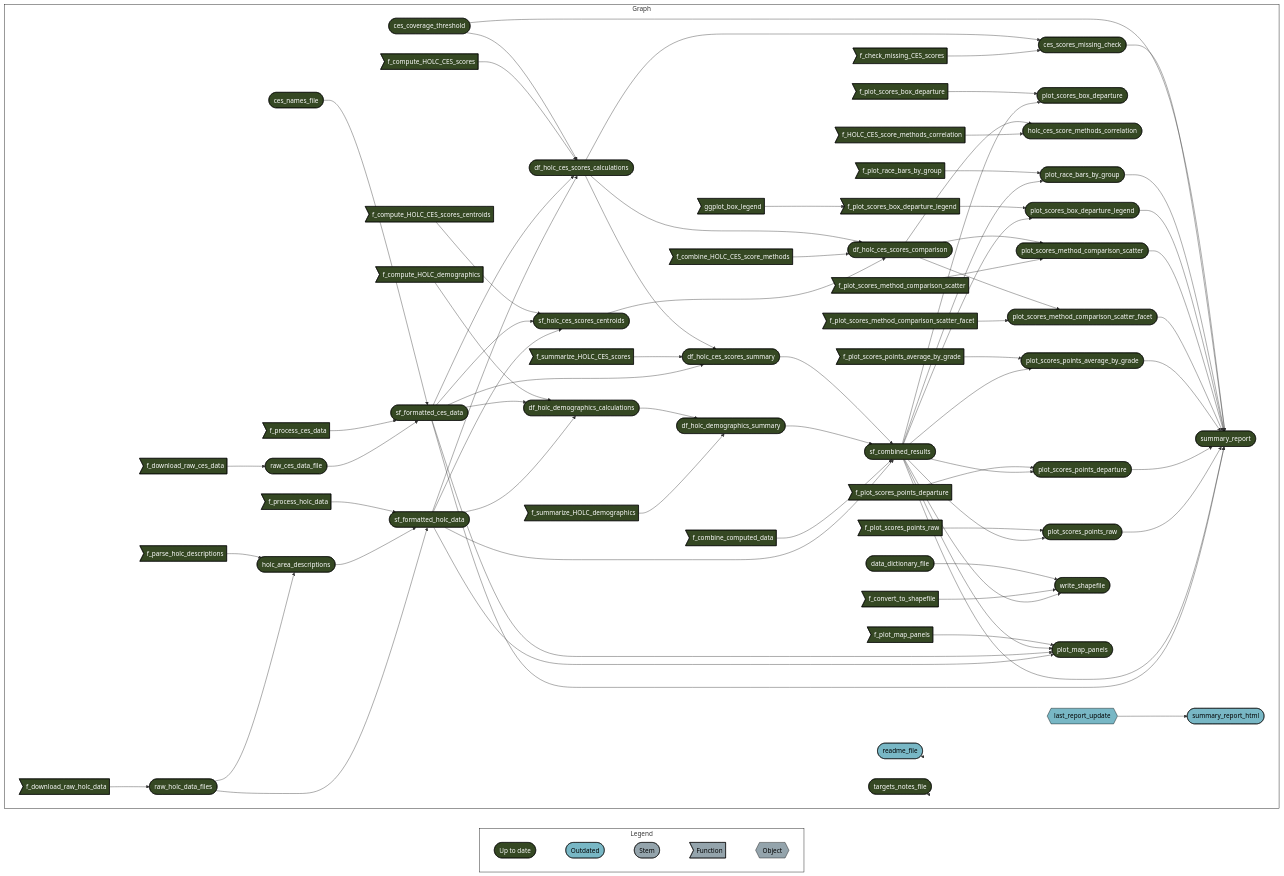
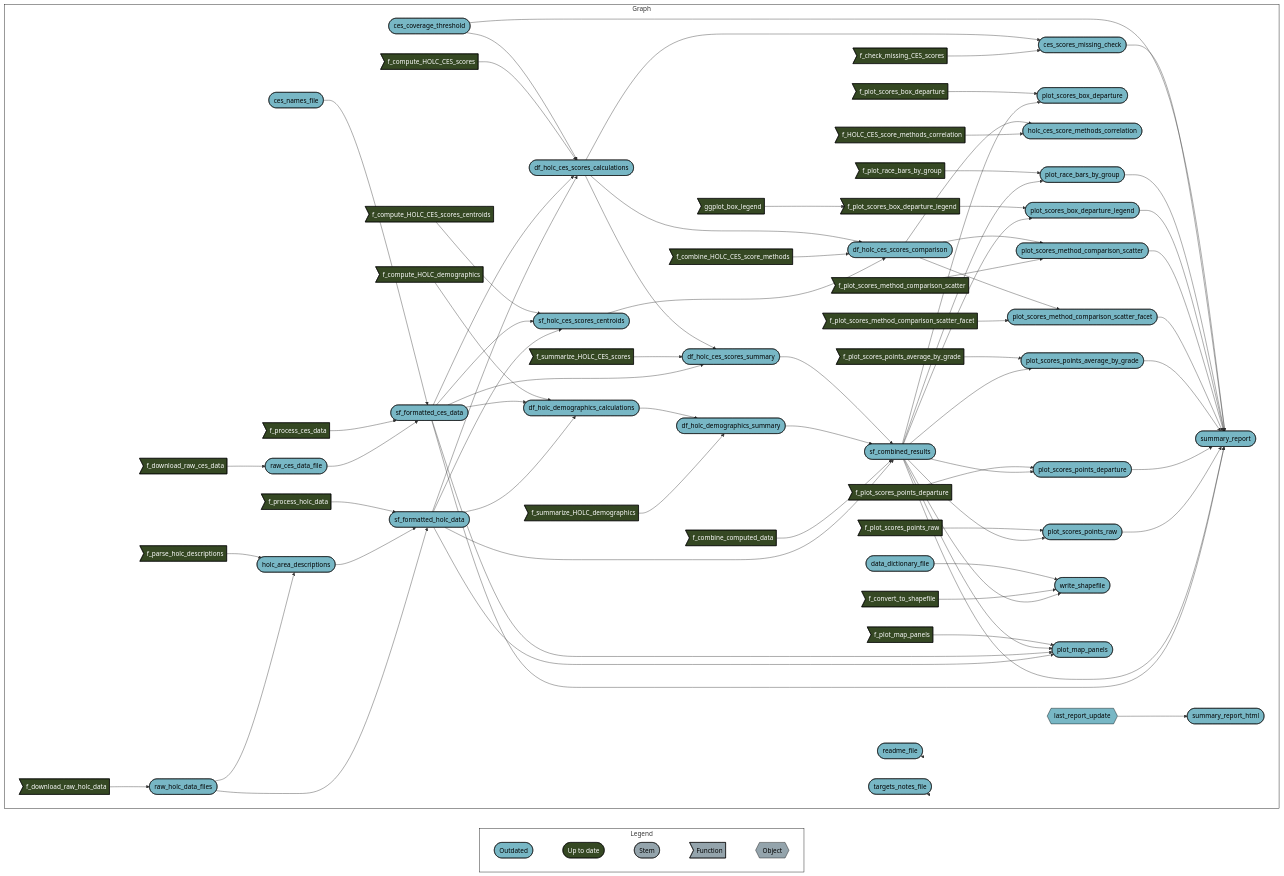
Before and after one commit to daltare/pollution-and-prejudice: the diagram in README.md, drawn with Mermaid. The commit also changed other lines of this file, not shown here.

Commit message:
fix broken link

```diff
--- a/README.md
+++ b/README.md
@@ -123,90 +124,90 @@
   style Graph fill:#FFFFFF00,stroke:#000000;
   subgraph Legend
     direction LR
-    x7420bd9270f8d27d([""Up to date""]):::uptodate --- x0a52b03877696646([""Outdated""]):::outdated
-    x0a52b03877696646([""Outdated""]):::outdated --- xbf4603d6c2c2ad6b([""Stem""]):::none
+    x0a52b03877696646([""Outdated""]):::outdated --- x7420bd9270f8d27d([""Up to date""]):::uptodate
+    x7420bd9270f8d27d([""Up to date""]):::uptodate --- xbf4603d6c2c2ad6b([""Stem""]):::none
     xbf4603d6c2c2ad6b([""Stem""]):::none --- xf0bce276fe2b9d3e>""Function""]:::none
     xf0bce276fe2b9d3e>""Function""]:::none --- x5bffbffeae195fc9{{""Object""}}:::none
   end
   subgraph Graph
     direction LR
     x723651d51c4d9039>"ggplot_box_legend"]:::uptodate --> x9fc5d9228e2f8c78>"f_plot_scores_box_departure_legend"]:::uptodate
-    x9fc5d9228e2f8c78>"f_plot_scores_box_departure_legend"]:::uptodate --> xd261dc6bb4fd422e(["plot_scores_box_departure_legend"]):::uptodate
-    x7774e14ad1201765(["sf_combined_results"]):::uptodate --> xd261dc6bb4fd422e(["plot_scores_box_departure_legend"]):::uptodate
-    x3566400abf0582d0>"f_process_holc_data"]:::uptodate --> xd358c84560a350ea(["sf_formatted_holc_data"]):::uptodate
-    xc134b761ca90db6a(["holc_area_descriptions"]):::uptodate --> xd358c84560a350ea(["sf_formatted_holc_data"]):::uptodate
-    x7deb259c829fdb2e(["raw_holc_data_files"]):::uptodate --> xd358c84560a350ea(["sf_formatted_holc_data"]):::uptodate
-    xcda122252060630c>"f_compute_HOLC_CES_scores_centroids"]:::uptodate --> x03e01758e45bc154(["sf_holc_ces_scores_centroids"]):::uptodate
-    x66ea1e7e4088616e(["sf_formatted_ces_data"]):::uptodate --> x03e01758e45bc154(["sf_holc_ces_scores_centroids"]):::uptodate
-    xd358c84560a350ea(["sf_formatted_holc_data"]):::uptodate --> x03e01758e45bc154(["sf_holc_ces_scores_centroids"]):::uptodate
-    xb8f0b2810f342081(["ces_coverage_threshold"]):::uptodate --> xf2cacda6c5be1d56(["df_holc_ces_scores_calculations"]):::uptodate
-    xb84eb9d541120890>"f_compute_HOLC_CES_scores"]:::uptodate --> xf2cacda6c5be1d56(["df_holc_ces_scores_calculations"]):::uptodate
-    x66ea1e7e4088616e(["sf_formatted_ces_data"]):::uptodate --> xf2cacda6c5be1d56(["df_holc_ces_scores_calculations"]):::uptodate
-    xd358c84560a350ea(["sf_formatted_holc_data"]):::uptodate --> xf2cacda6c5be1d56(["df_holc_ces_scores_calculations"]):::uptodate
-    xd22b3ef3698af9c3>"f_plot_race_bars_by_group"]:::uptodate --> xe2341aac6be6d5c3(["plot_race_bars_by_group"]):::uptodate
-    x7774e14ad1201765(["sf_combined_results"]):::uptodate --> xe2341aac6be6d5c3(["plot_race_bars_by_group"]):::uptodate
-    x13ecd6c730196e92>"f_plot_scores_box_departure"]:::uptodate --> xc0917568d2ce3bee(["plot_scores_box_departure"]):::uptodate
-    x7774e14ad1201765(["sf_combined_results"]):::uptodate --> xc0917568d2ce3bee(["plot_scores_box_departure"]):::uptodate
-    x716156bac81cd62e(["df_holc_ces_scores_comparison"]):::uptodate --> xdf491333e4fb171a(["holc_ces_score_methods_correlation"]):::uptodate
-    x9f27f4335306e40c>"f_HOLC_CES_score_methods_correlation"]:::uptodate --> xdf491333e4fb171a(["holc_ces_score_methods_correlation"]):::uptodate
-    x4baab69ddc05606c>"f_compute_HOLC_demographics"]:::uptodate --> x0933fedf1eaed55e(["df_holc_demographics_calculations"]):::uptodate
-    x66ea1e7e4088616e(["sf_formatted_ces_data"]):::uptodate --> x0933fedf1eaed55e(["df_holc_demographics_calculations"]):::uptodate
-    xd358c84560a350ea(["sf_formatted_holc_data"]):::uptodate --> x0933fedf1eaed55e(["df_holc_demographics_calculations"]):::uptodate
-    xb8f0b2810f342081(["ces_coverage_threshold"]):::uptodate --> xe24c603975ef95ce(["summary_report"]):::uptodate
-    xcdcbc8327c73002a(["ces_scores_missing_check"]):::uptodate --> xe24c603975ef95ce(["summary_report"]):::uptodate
-    xe2341aac6be6d5c3(["plot_race_bars_by_group"]):::uptodate --> xe24c603975ef95ce(["summary_report"]):::uptodate
-    xd261dc6bb4fd422e(["plot_scores_box_departure_legend"]):::uptodate --> xe24c603975ef95ce(["summary_report"]):::uptodate
-    x30558efb09c7936d(["plot_scores_method_comparison_scatter"]):::uptodate --> xe24c603975ef95ce(["summary_report"]):::uptodate
-    xe4dc7810b8261f38(["plot_scores_method_comparison_scatter_facet"]):::uptodate --> xe24c603975ef95ce(["summary_report"]):::uptodate
-    x26888c3adf53b8ba(["plot_scores_points_average_by_grade"]):::uptodate --> xe24c603975ef95ce(["summary_report"]):::uptodate
-    x85db2b90c235dab6(["plot_scores_points_departure"]):::uptodate --> xe24c603975ef95ce(["summary_report"]):::uptodate
-    xd06bbe78c7eb9f6c(["plot_scores_points_raw"]):::uptodate --> xe24c603975ef95ce(["summary_report"]):::uptodate
-    x7774e14ad1201765(["sf_combined_results"]):::uptodate --> xe24c603975ef95ce(["summary_report"]):::uptodate
-    x66ea1e7e4088616e(["sf_formatted_ces_data"]):::uptodate --> xe24c603975ef95ce(["summary_report"]):::uptodate
-    x28598aa74e36431d>"f_download_raw_holc_data"]:::uptodate --> x7deb259c829fdb2e(["raw_holc_data_files"]):::uptodate
-    xe7b24c87dabecd62>"f_parse_holc_descriptions"]:::uptodate --> xc134b761ca90db6a(["holc_area_descriptions"]):::uptodate
-    x7deb259c829fdb2e(["raw_holc_data_files"]):::uptodate --> xc134b761ca90db6a(["holc_area_descriptions"]):::uptodate
-    xf2cacda6c5be1d56(["df_holc_ces_scores_calculations"]):::uptodate --> x716156bac81cd62e(["df_holc_ces_scores_comparison"]):::uptodate
-    x1362e4f419a24a87>"f_combine_HOLC_CES_score_methods"]:::uptodate --> x716156bac81cd62e(["df_holc_ces_scores_comparison"]):::uptodate
-    x03e01758e45bc154(["sf_holc_ces_scores_centroids"]):::uptodate --> x716156bac81cd62e(["df_holc_ces_scores_comparison"]):::uptodate
-    x661c36f456260220>"f_plot_scores_points_average_by_grade"]:::uptodate --> x26888c3adf53b8ba(["plot_scores_points_average_by_grade"]):::uptodate
-    x7774e14ad1201765(["sf_combined_results"]):::uptodate --> x26888c3adf53b8ba(["plot_scores_points_average_by_grade"]):::uptodate
-    x0933fedf1eaed55e(["df_holc_demographics_calculations"]):::uptodate --> x722c080414fdf571(["df_holc_demographics_summary"]):::uptodate
-    x2dfdf1b5ee4ba094>"f_summarize_HOLC_demographics"]:::uptodate --> x722c080414fdf571(["df_holc_demographics_summary"]):::uptodate
+    x9fc5d9228e2f8c78>"f_plot_scores_box_departure_legend"]:::uptodate --> xd261dc6bb4fd422e(["plot_scores_box_departure_legend"]):::outdated
+    x7774e14ad1201765(["sf_combined_results"]):::outdated --> xd261dc6bb4fd422e(["plot_scores_box_departure_legend"]):::outdated
+    x3566400abf0582d0>"f_process_holc_data"]:::uptodate --> xd358c84560a350ea(["sf_formatted_holc_data"]):::outdated
+    xc134b761ca90db6a(["holc_area_descriptions"]):::outdated --> xd358c84560a350ea(["sf_formatted_holc_data"]):::outdated
+    x7deb259c829fdb2e(["raw_holc_data_files"]):::outdated --> xd358c84560a350ea(["sf_formatted_holc_data"]):::outdated
+    xcda122252060630c>"f_compute_HOLC_CES_scores_centroids"]:::uptodate --> x03e01758e45bc154(["sf_holc_ces_scores_centroids"]):::outdated
+    x66ea1e7e4088616e(["sf_formatted_ces_data"]):::outdated --> x03e01758e45bc154(["sf_holc_ces_scores_centroids"]):::outdated
+    xd358c84560a350ea(["sf_formatted_holc_data"]):::outdated --> x03e01758e45bc154(["sf_holc_ces_scores_centroids"]):::outdated
+    xb8f0b2810f342081(["ces_coverage_threshold"]):::outdated --> xf2cacda6c5be1d56(["df_holc_ces_scores_calculations"]):::outdated
+    xb84eb9d541120890>"f_compute_HOLC_CES_scores"]:::uptodate --> xf2cacda6c5be1d56(["df_holc_ces_scores_calculations"]):::outdated
+    x66ea1e7e4088616e(["sf_formatted_ces_data"]):::outdated --> xf2cacda6c5be1d56(["df_holc_ces_scores_calculations"]):::outdated
+    xd358c84560a350ea(["sf_formatted_holc_data"]):::outdated --> xf2cacda6c5be1d56(["df_holc_ces_scores_calculations"]):::outdated
+    xd22b3ef3698af9c3>"f_plot_race_bars_by_group"]:::uptodate --> xe2341aac6be6d5c3(["plot_race_bars_by_group"]):::outdated
+    x7774e14ad1201765(["sf_combined_results"]):::outdated --> xe2341aac6be6d5c3(["plot_race_bars_by_group"]):::outdated
+    x13ecd6c730196e92>"f_plot_scores_box_departure"]:::uptodate --> xc0917568d2ce3bee(["plot_scores_box_departure"]):::outdated
+    x7774e14ad1201765(["sf_combined_results"]):::outdated --> xc0917568d2ce3bee(["plot_scores_box_departure"]):::outdated
+    x716156bac81cd62e(["df_holc_ces_scores_comparison"]):::outdated --> xdf491333e4fb171a(["holc_ces_score_methods_correlation"]):::outdated
+    x9f27f4335306e40c>"f_HOLC_CES_score_methods_correlation"]:::uptodate --> xdf491333e4fb171a(["holc_ces_score_methods_correlation"]):::outdated
+    x4baab69ddc05606c>"f_compute_HOLC_demographics"]:::uptodate --> x0933fedf1eaed55e(["df_holc_demographics_calculations"]):::outdated
+    x66ea1e7e4088616e(["sf_formatted_ces_data"]):::outdated --> x0933fedf1eaed55e(["df_holc_demographics_calculations"]):::outdated
+    xd358c84560a350ea(["sf_formatted_holc_data"]):::outdated --> x0933fedf1eaed55e(["df_holc_demographics_calculations"]):::outdated
+    xb8f0b2810f342081(["ces_coverage_threshold"]):::outdated --> xe24c603975ef95ce(["summary_report"]):::outdated
+    xcdcbc8327c73002a(["ces_scores_missing_check"]):::outdated --> xe24c603975ef95ce(["summary_report"]):::outdated
+    xe2341aac6be6d5c3(["plot_race_bars_by_group"]):::outdated --> xe24c603975ef95ce(["summary_report"]):::outdated
+    xd261dc6bb4fd422e(["plot_scores_box_departure_legend"]):::outdated --> xe24c603975ef95ce(["summary_report"]):::outdated
+    x30558efb09c7936d(["plot_scores_method_comparison_scatter"]):::outdated --> xe24c603975ef95ce(["summary_report"]):::outdated
+    xe4dc7810b8261f38(["plot_scores_method_comparison_scatter_facet"]):::outdated --> xe24c603975ef95ce(["summary_report"]):::outdated
+    x26888c3adf53b8ba(["plot_scores_points_average_by_grade"]):::outdated --> xe24c603975ef95ce(["summary_report"]):::outdated
+    x85db2b90c235dab6(["plot_scores_points_departure"]):::outdated --> xe24c603975ef95ce(["summary_report"]):::outdated
+    xd06bbe78c7eb9f6c(["plot_scores_points_raw"]):::outdated --> xe24c603975ef95ce(["summary_report"]):::outdated
+    x7774e14ad1201765(["sf_combined_results"]):::outdated --> xe24c603975ef95ce(["summary_report"]):::outdated
+    x66ea1e7e4088616e(["sf_formatted_ces_data"]):::outdated --> xe24c603975ef95ce(["summary_report"]):::outdated
+    x28598aa74e36431d>"f_download_raw_holc_data"]:::uptodate --> x7deb259c829fdb2e(["raw_holc_data_files"]):::outdated
+    xe7b24c87dabecd62>"f_parse_holc_descriptions"]:::uptodate --> xc134b761ca90db6a(["holc_area_descriptions"]):::outdated
+    x7deb259c829fdb2e(["raw_holc_data_files"]):::outdated --> xc134b761ca90db6a(["holc_area_descriptions"]):::outdated
+    xf2cacda6c5be1d56(["df_holc_ces_scores_calculations"]):::outdated --> x716156bac81cd62e(["df_holc_ces_scores_comparison"]):::outdated
+    x1362e4f419a24a87>"f_combine_HOLC_CES_score_methods"]:::uptodate --> x716156bac81cd62e(["df_holc_ces_scores_comparison"]):::outdated
+    x03e01758e45bc154(["sf_holc_ces_scores_centroids"]):::outdated --> x716156bac81cd62e(["df_holc_ces_scores_comparison"]):::outdated
+    x661c36f456260220>"f_plot_scores_points_average_by_grade"]:::uptodate --> x26888c3adf53b8ba(["plot_scores_points_average_by_grade"]):::outdated
+    x7774e14ad1201765(["sf_combined_results"]):::outdated --> x26888c3adf53b8ba(["plot_scores_points_average_by_grade"]):::outdated
+    x0933fedf1eaed55e(["df_holc_demographics_calculations"]):::outdated --> x722c080414fdf571(["df_holc_demographics_summary"]):::outdated
+    x2dfdf1b5ee4ba094>"f_summarize_HOLC_demographics"]:::uptodate --> x722c080414fdf571(["df_holc_demographics_summary"]):::outdated
     xf443f725966ed075{{"last_report_update"}}:::outdated --> x3b5990520b2e818d(["summary_report_html"]):::outdated
-    x716156bac81cd62e(["df_holc_ces_scores_comparison"]):::uptodate --> xe4dc7810b8261f38(["plot_scores_method_comparison_scatter_facet"]):::uptodate
-    x3b0727f79ff18b40>"f_plot_scores_method_comparison_scatter_facet"]:::uptodate --> xe4dc7810b8261f38(["plot_scores_method_comparison_scatter_facet"]):::uptodate
-    x716156bac81cd62e(["df_holc_ces_scores_comparison"]):::uptodate --> x30558efb09c7936d(["plot_scores_method_comparison_scatter"]):::uptodate
-    xfded34a4d23e9e5d>"f_plot_scores_method_comparison_scatter"]:::uptodate --> x30558efb09c7936d(["plot_scores_method_comparison_scatter"]):::uptodate
-    x6a4e5ab768f76050>"f_plot_scores_points_raw"]:::uptodate --> xd06bbe78c7eb9f6c(["plot_scores_points_raw"]):::uptodate
-    x7774e14ad1201765(["sf_combined_results"]):::uptodate --> xd06bbe78c7eb9f6c(["plot_scores_points_raw"]):::uptodate
-    x7ad41e3fd12f2676(["ces_names_file"]):::uptodate --> x66ea1e7e4088616e(["sf_formatted_ces_data"]):::uptodate
-    xdca65f7684d779f0>"f_process_ces_data"]:::uptodate --> x66ea1e7e4088616e(["sf_formatted_ces_data"]):::uptodate
-    x6538bfb2bd8fa5af(["raw_ces_data_file"]):::uptodate --> x66ea1e7e4088616e(["sf_formatted_ces_data"]):::uptodate
-    x973757ac5e3621cd(["data_dictionary_file"]):::uptodate --> xf040698982835e96(["write_shapefile"]):::uptodate
-    x9e5564aad7264f3e>"f_convert_to_shapefile"]:::uptodate --> xf040698982835e96(["write_shapefile"]):::uptodate
-    x7774e14ad1201765(["sf_combined_results"]):::uptodate --> xf040698982835e96(["write_shapefile"]):::uptodate
-    xc504145cdabdd854>"f_download_raw_ces_data"]:::uptodate --> x6538bfb2bd8fa5af(["raw_ces_data_file"]):::uptodate
-    xbc38fdbb09f54cdc(["df_holc_ces_scores_summary"]):::uptodate --> x7774e14ad1201765(["sf_combined_results"]):::uptodate
-    x722c080414fdf571(["df_holc_demographics_summary"]):::uptodate --> x7774e14ad1201765(["sf_combined_results"]):::uptodate
-    xf90b49dd379c5312>"f_combine_computed_data"]:::uptodate --> x7774e14ad1201765(["sf_combined_results"]):::uptodate
-    xd358c84560a350ea(["sf_formatted_holc_data"]):::uptodate --> x7774e14ad1201765(["sf_combined_results"]):::uptodate
-    xf2cacda6c5be1d56(["df_holc_ces_scores_calculations"]):::uptodate --> xcdcbc8327c73002a(["ces_scores_missing_check"]):::uptodate
-    x1909355c81c03a12>"f_check_missing_CES_scores"]:::uptodate --> xcdcbc8327c73002a(["ces_scores_missing_check"]):::uptodate
-    xf2cacda6c5be1d56(["df_holc_ces_scores_calculations"]):::uptodate --> xbc38fdbb09f54cdc(["df_holc_ces_scores_summary"]):::uptodate
-    x24483bb6f5885403>"f_summarize_HOLC_CES_scores"]:::uptodate --> xbc38fdbb09f54cdc(["df_holc_ces_scores_summary"]):::uptodate
-    x66ea1e7e4088616e(["sf_formatted_ces_data"]):::uptodate --> xbc38fdbb09f54cdc(["df_holc_ces_scores_summary"]):::uptodate
-    xc11e093e8a0331b6>"f_plot_map_panels"]:::uptodate --> x52b2d35838d1c908(["plot_map_panels"]):::uptodate
-    x7774e14ad1201765(["sf_combined_results"]):::uptodate --> x52b2d35838d1c908(["plot_map_panels"]):::uptodate
-    x66ea1e7e4088616e(["sf_formatted_ces_data"]):::uptodate --> x52b2d35838d1c908(["plot_map_panels"]):::uptodate
-    xd358c84560a350ea(["sf_formatted_holc_data"]):::uptodate --> x52b2d35838d1c908(["plot_map_panels"]):::uptodate
-    x05780902aff2e52e>"f_plot_scores_points_departure"]:::uptodate --> x85db2b90c235dab6(["plot_scores_points_departure"]):::uptodate
-    x7774e14ad1201765(["sf_combined_results"]):::uptodate --> x85db2b90c235dab6(["plot_scores_points_departure"]):::uptodate
+    x716156bac81cd62e(["df_holc_ces_scores_comparison"]):::outdated --> xe4dc7810b8261f38(["plot_scores_method_comparison_scatter_facet"]):::outdated
+    x3b0727f79ff18b40>"f_plot_scores_method_comparison_scatter_facet"]:::uptodate --> xe4dc7810b8261f38(["plot_scores_method_comparison_scatter_facet"]):::outdated
+    x716156bac81cd62e(["df_holc_ces_scores_comparison"]):::outdated --> x30558efb09c7936d(["plot_scores_method_comparison_scatter"]):::outdated
+    xfded34a4d23e9e5d>"f_plot_scores_method_comparison_scatter"]:::uptodate --> x30558efb09c7936d(["plot_scores_method_comparison_scatter"]):::outdated
+    x6a4e5ab768f76050>"f_plot_scores_points_raw"]:::uptodate --> xd06bbe78c7eb9f6c(["plot_scores_points_raw"]):::outdated
+    x7774e14ad1201765(["sf_combined_results"]):::outdated --> xd06bbe78c7eb9f6c(["plot_scores_points_raw"]):::outdated
+    x7ad41e3fd12f2676(["ces_names_file"]):::outdated --> x66ea1e7e4088616e(["sf_formatted_ces_data"]):::outdated
+    xdca65f7684d779f0>"f_process_ces_data"]:::uptodate --> x66ea1e7e4088616e(["sf_formatted_ces_data"]):::outdated
+    x6538bfb2bd8fa5af(["raw_ces_data_file"]):::outdated --> x66ea1e7e4088616e(["sf_formatted_ces_data"]):::outdated
+    x973757ac5e3621cd(["data_dictionary_file"]):::outdated --> xf040698982835e96(["write_shapefile"]):::outdated
+    x9e5564aad7264f3e>"f_convert_to_shapefile"]:::uptodate --> xf040698982835e96(["write_shapefile"]):::outdated
+    x7774e14ad1201765(["sf_combined_results"]):::outdated --> xf040698982835e96(["write_shapefile"]):::outdated
+    xc504145cdabdd854>"f_download_raw_ces_data"]:::uptodate --> x6538bfb2bd8fa5af(["raw_ces_data_file"]):::outdated
+    xbc38fdbb09f54cdc(["df_holc_ces_scores_summary"]):::outdated --> x7774e14ad1201765(["sf_combined_results"]):::outdated
+    x722c080414fdf571(["df_holc_demographics_summary"]):::outdated --> x7774e14ad1201765(["sf_combined_results"]):::outdated
+    xf90b49dd379c5312>"f_combine_computed_data"]:::uptodate --> x7774e14ad1201765(["sf_combined_results"]):::outdated
+    xd358c84560a350ea(["sf_formatted_holc_data"]):::outdated --> x7774e14ad1201765(["sf_combined_results"]):::outdated
+    xf2cacda6c5be1d56(["df_holc_ces_scores_calculations"]):::outdated --> xcdcbc8327c73002a(["ces_scores_missing_check"]):::outdated
+    x1909355c81c03a12>"f_check_missing_CES_scores"]:::uptodate --> xcdcbc8327c73002a(["ces_scores_missing_check"]):::outdated
+    xf2cacda6c5be1d56(["df_holc_ces_scores_calculations"]):::outdated --> xbc38fdbb09f54cdc(["df_holc_ces_scores_summary"]):::outdated
+    x24483bb6f5885403>"f_summarize_HOLC_CES_scores"]:::uptodate --> xbc38fdbb09f54cdc(["df_holc_ces_scores_summary"]):::outdated
+    x66ea1e7e4088616e(["sf_formatted_ces_data"]):::outdated --> xbc38fdbb09f54cdc(["df_holc_ces_scores_summary"]):::outdated
+    xc11e093e8a0331b6>"f_plot_map_panels"]:::uptodate --> x52b2d35838d1c908(["plot_map_panels"]):::outdated
+    x7774e14ad1201765(["sf_combined_results"]):::outdated --> x52b2d35838d1c908(["plot_map_panels"]):::outdated
+    x66ea1e7e4088616e(["sf_formatted_ces_data"]):::outdated --> x52b2d35838d1c908(["plot_map_panels"]):::outdated
+    xd358c84560a350ea(["sf_formatted_holc_data"]):::outdated --> x52b2d35838d1c908(["plot_map_panels"]):::outdated
+    x05780902aff2e52e>"f_plot_scores_points_departure"]:::uptodate --> x85db2b90c235dab6(["plot_scores_points_departure"]):::outdated
+    x7774e14ad1201765(["sf_combined_results"]):::outdated --> x85db2b90c235dab6(["plot_scores_points_departure"]):::outdated
     x118ccf0169559b01(["readme_file"]):::outdated --> x118ccf0169559b01(["readme_file"]):::outdated
-    xd244e8c357cc9580(["targets_notes_file"]):::uptodate --> xd244e8c357cc9580(["targets_notes_file"]):::uptodate
+    xd244e8c357cc9580(["targets_notes_file"]):::outdated --> xd244e8c357cc9580(["targets_notes_file"]):::outdated
   end
+  classDef outdated stroke:#000000,color:#000000,fill:#78B7C5;
   classDef uptodate stroke:#000000,color:#ffffff,fill:#354823;
-  classDef outdated stroke:#000000,color:#000000,fill:#78B7C5;
   classDef none stroke:#000000,color:#000000,fill:#94a4ac;
   linkStyle 0 stroke-width:0px;
   linkStyle 1 stroke-width:0px;
```
